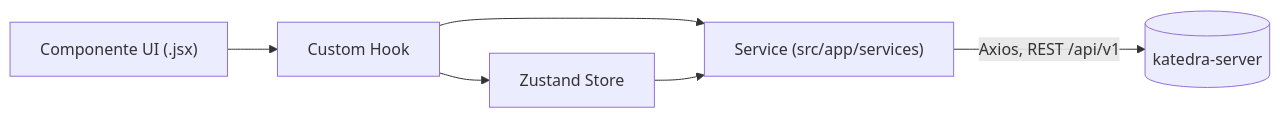
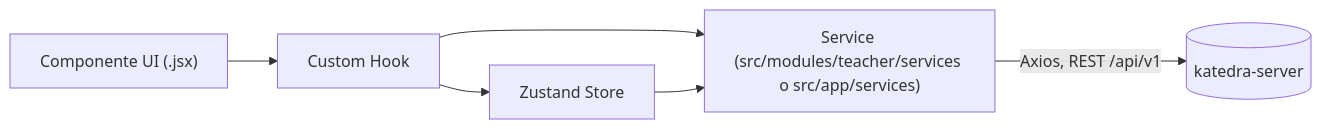
One commit to SAULALEE/katedra-client changed the diagram in README.md. Above: the diagram before and after it, drawn with Mermaid. The commit also changed 58 other files, not shown here.

````diff
--- a/README.md
+++ b/README.md
@@ -27,8 +27,8 @@
 ```mermaid
 flowchart LR
     UI["Componente UI (.jsx)"] --> Hook["Custom Hook"]
     Hook --> Store["Zustand Store"]
-    Hook --> Service["Service (src/app/services)"]
+    Hook --> Service["Service (src/modules/teacher/services o src/app/services)"]
     Store --> Service
     Service -->|Axios, REST /api/v1| API[("katedra-server")]
 ```
````
